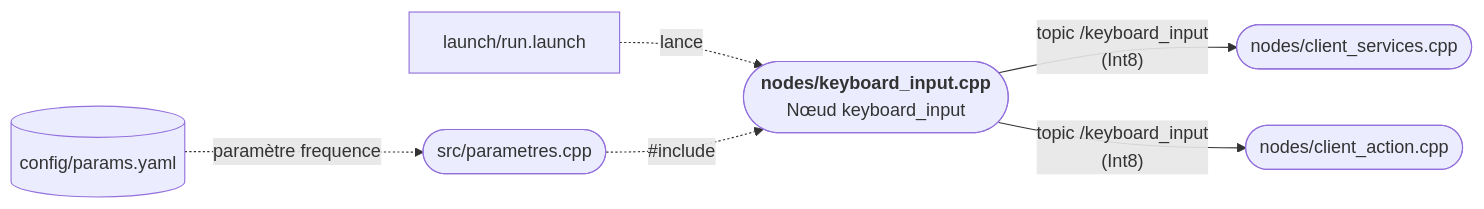
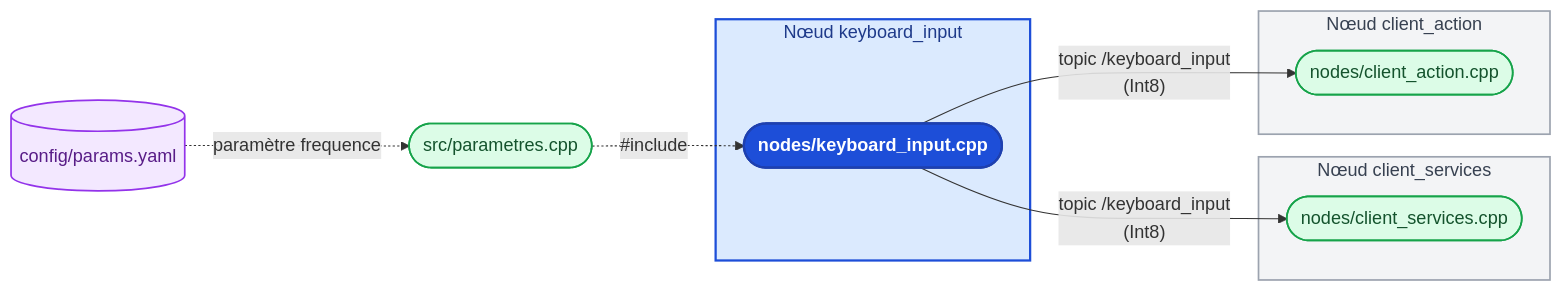
Before and after one commit to benoitdekeyn/E4SE_TD_TP: the fourth of 7 diagrams in robotique_et_navigation/Rapport/Rapport.md, drawn with Mermaid. The commit also changed other lines of this file and 2 other files, not shown here.

Commit message:
colored zoom diagrams

````diff
--- a/robotique_et_navigation/Rapport/Rapport.md
+++ b/robotique_et_navigation/Rapport/Rapport.md
@@ -223,18 +251,33 @@
-```mermaid direction=LR
+```mermaid
 flowchart LR
-    L_RUN["`launch/run.launch`"]
     C_PARAMS[("`config/params.yaml`")]
     M_PARAMS(["`src/parametres.cpp`"])
 
-    NODE(["`**nodes/keyboard_input.cpp**<br/>Nœud keyboard_input`"])
+    subgraph SG_KEY["Nœud keyboard_input"]
+        NODE(["`**nodes/keyboard_input.cpp**`"])
+    end
 
-    N_CSRV(["`nodes/client_services.cpp`"])
-    N_CACT(["`nodes/client_action.cpp`"])
+    subgraph SG_CSRV["Nœud client_services"]
+        N_CSRV(["`nodes/client_services.cpp`"])
+    end
 
-    L_RUN -.->|"lance"| NODE
+    subgraph SG_CACT["Nœud client_action"]
+        N_CACT(["`nodes/client_action.cpp`"])
+    end
+
     C_PARAMS -.->|"paramètre frequence"| M_PARAMS
     M_PARAMS -.->|"#include"| NODE
 
     NODE -->|"topic /keyboard_input<br/>(Int8)"| N_CSRV
     NODE -->|"topic /keyboard_input<br/>(Int8)"| N_CACT
+
+    classDef cpp fill:#dcfce7,stroke:#16a34a,stroke-width:1.5px,color:#14532d
+    classDef autre fill:#f3e8ff,stroke:#9333ea,stroke-width:1.5px,color:#581c87
+
+    class M_PARAMS,N_CSRV,N_CACT cpp
+    class C_PARAMS autre
+    style SG_KEY fill:#dbeafe,stroke:#1d4ed8,stroke-width:2px,color:#1e3a8a
+    style NODE fill:#1d4ed8,stroke:#1e40af,stroke-width:2px,color:#ffffff
+    style SG_CSRV fill:#f3f4f6,stroke:#9ca3af,stroke-width:1.5px,color:#374151
+    style SG_CACT fill:#f3f4f6,stroke:#9ca3af,stroke-width:1.5px,color:#374151
 ```
````
